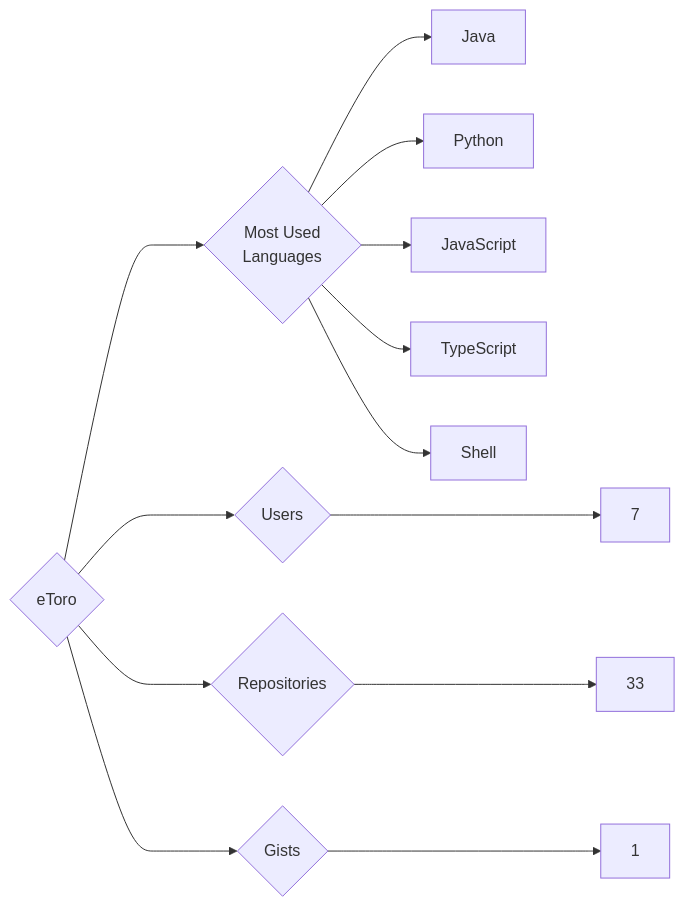
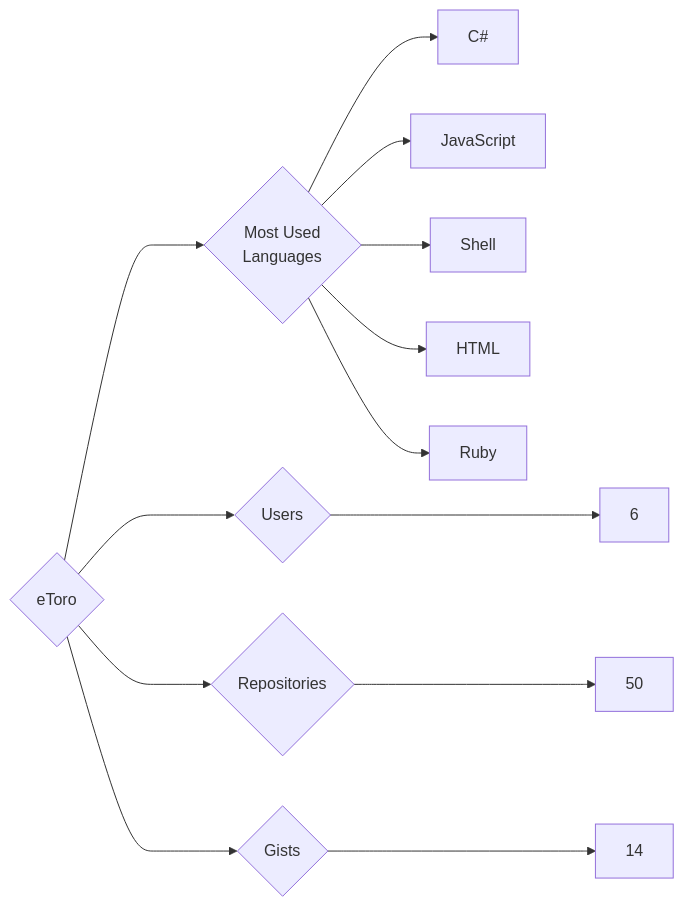
Before and after one commit to trickest/insiders: the diagram in targets/eToro/README.md, drawn with Mermaid. The commit also changed 880 other files, not shown here.

````diff
--- a/targets/eToro/README.md
+++ b/targets/eToro/README.md
@@ -3,13 +3,13 @@
 ```mermaid
 graph LR
 COMPANY_NAME{eToro}
-COMPANY_NAME ---> U{Users} ---> UN[7]
-COMPANY_NAME ---> R{Repositories} ---> RN[33]
-COMPANY_NAME ---> G{Gists} ---> GN[1]
+COMPANY_NAME ---> U{Users} ---> UN[6]
+COMPANY_NAME ---> R{Repositories} ---> RN[50]
+COMPANY_NAME ---> G{Gists} ---> GN[14]
 COMPANY_NAME ---> ML{Most Used<br>Languages}
-ML --> Java[Java]
-ML --> Python[Python]
+ML --> C#[C#]
 ML --> JavaScript[JavaScript]
-ML --> TypeScript[TypeScript]
 ML --> Shell[Shell]
+ML --> HTML[HTML]
+ML --> Ruby[Ruby]
 ```
````
